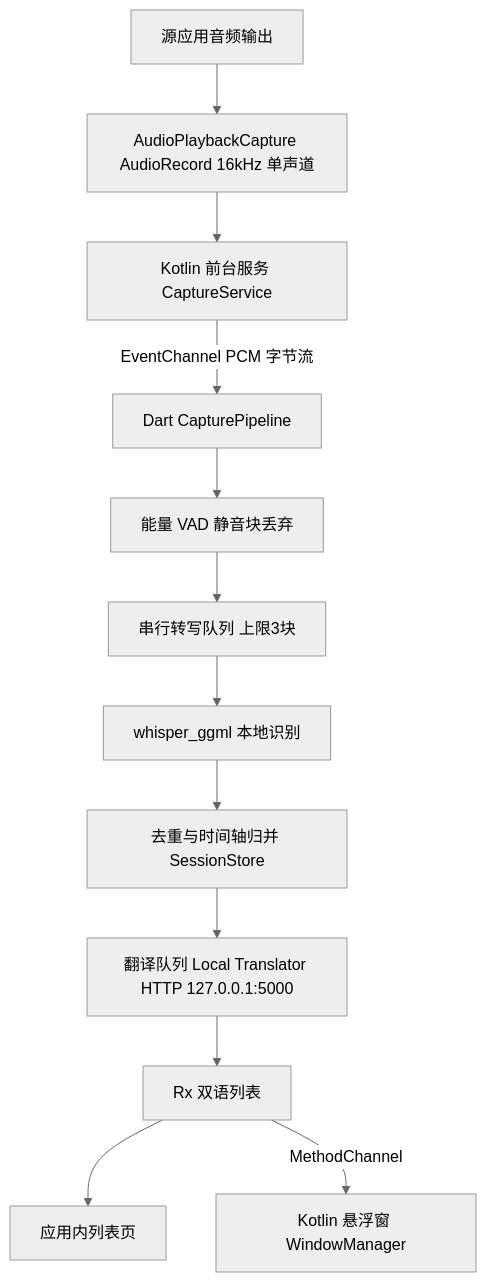
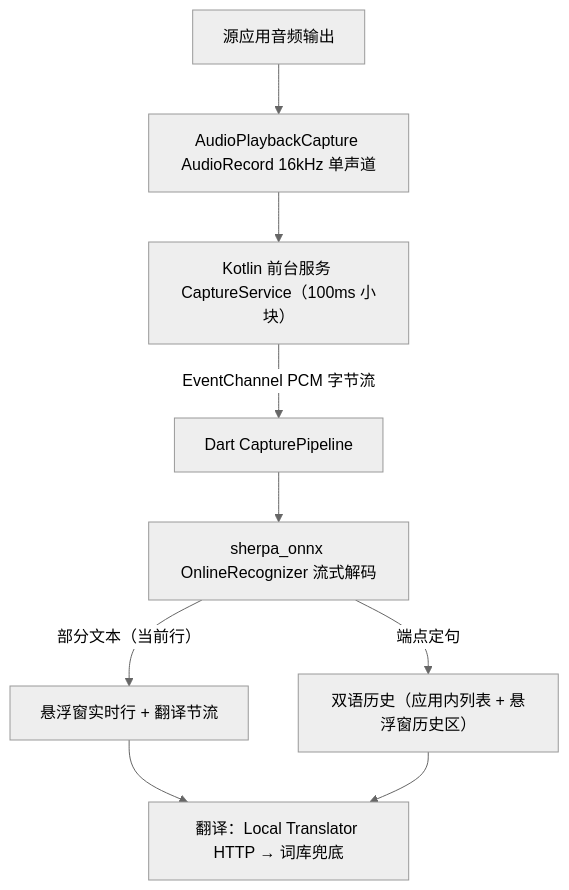
The diagram in .monkeycode/specs/system-audio-subtitles/design.md (coolmoonboom/myPiliPlus), drawn with Mermaid (neutral theme) before and after one commit. The commit also changed other lines of this file and 3 other files, not shown here.

````diff
--- a/.monkeycode/specs/system-audio-subtitles/design.md
+++ b/.monkeycode/specs/system-audio-subtitles/design.md
@@ -22,14 +25,11 @@
 ```mermaid
 flowchart TD
     A["源应用音频输出"] --> B["AudioPlaybackCapture AudioRecord 16kHz 单声道"]
-    B --> C["Kotlin 前台服务 CaptureService"]
+    B --> C["Kotlin 前台服务 CaptureService（100ms 小块）"]
     C -->|EventChannel PCM 字节流| D["Dart CapturePipeline"]
-    D --> E["能量 VAD 静音块丢弃"]
-    E --> F["串行转写队列 上限3块"]
-    F --> G["whisper_ggml 本地识别"]
-    G --> H["去重与时间轴归并 SessionStore"]
-    H --> I["翻译队列 Local Translator HTTP 127.0.0.1:5000"]
-    I --> J["Rx 双语列表"]
-    J --> K["应用内列表页"]
-    J -->|MethodChannel| L["Kotlin 悬浮窗 WindowManager"]
+    D --> F["sherpa_onnx OnlineRecognizer 流式解码"]
+    F -->|"部分文本（当前行）"| G["悬浮窗实时行 + 翻译节流"]
+    F -->|"端点定句"| H["双语历史（应用内列表 + 悬浮窗历史区）"]
+    G --> I["翻译：Local Translator HTTP → 词库兜底"]
+    H --> I
 ```
````
